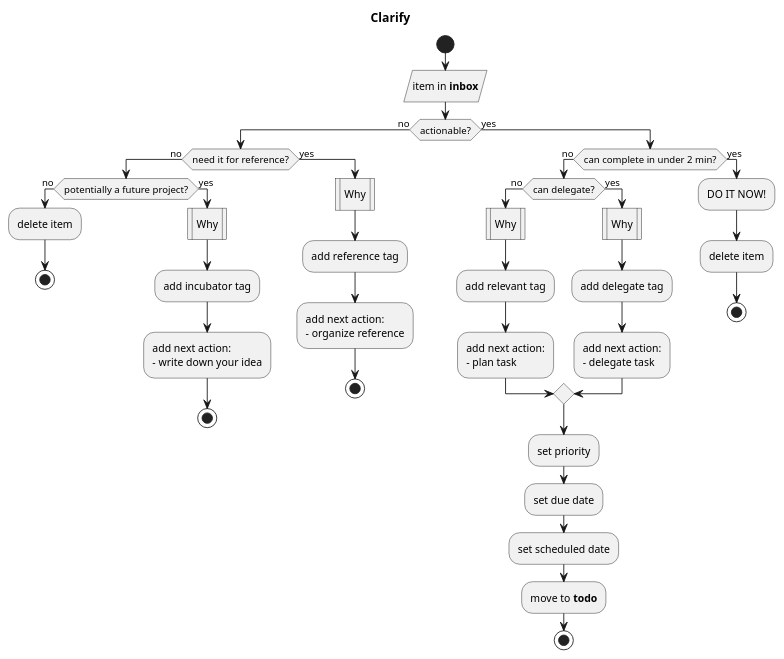
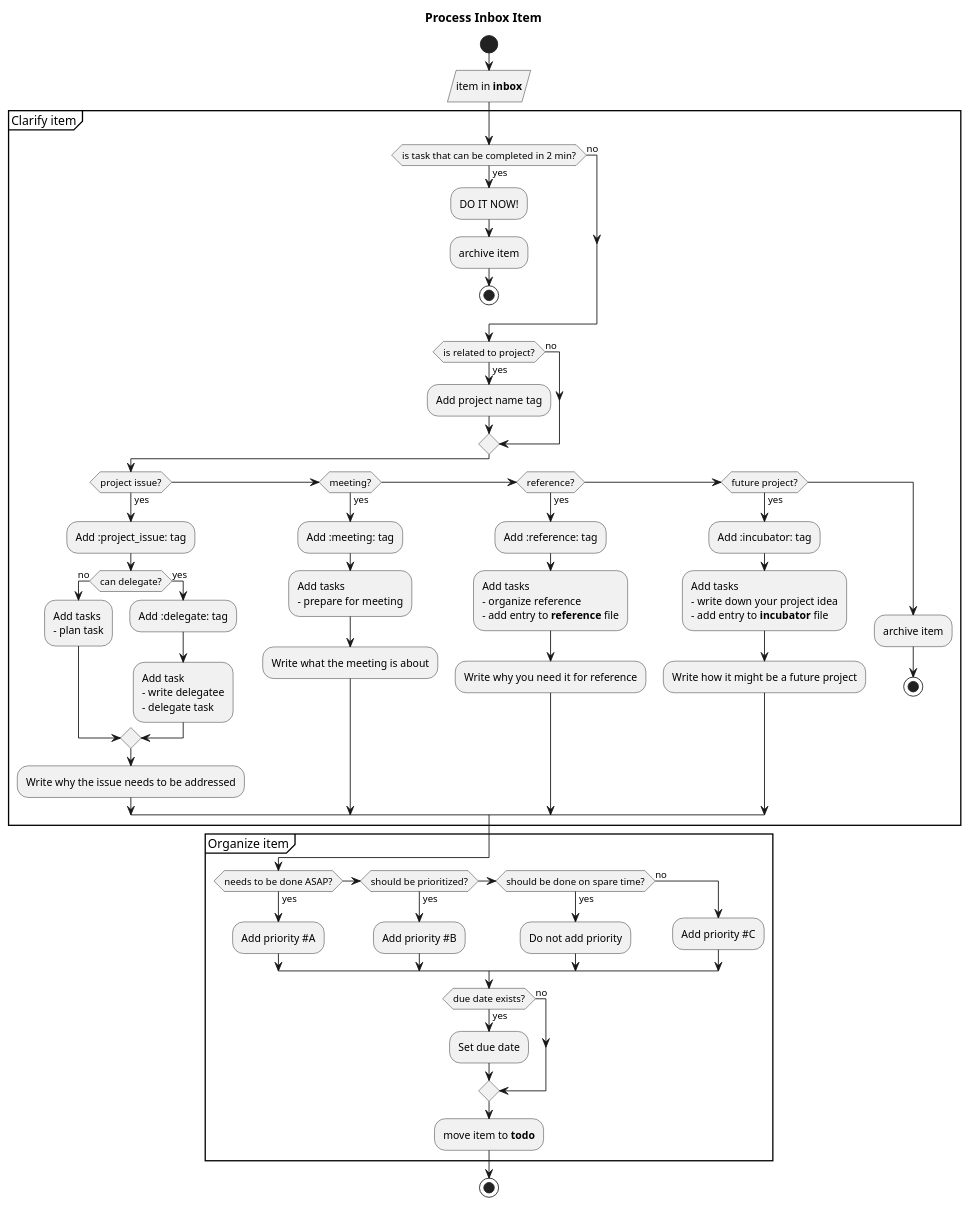
One commit to genenakagaki/myconfig changed the third of 4 diagrams in emacs/org-mode/config.org. Above: the diagram before and after it, drawn with PlantUML. The commit also changed other lines of this file, not shown here.

Commit message:
update emacs config

```diff
--- a/emacs/org-mode/config.org
+++ b/emacs/org-mode/config.org
@@ -252,51 +252,76 @@
-#+begin_src plantuml :tangle no :file workflow-clarify.png
+#+begin_src plantuml :tangle no :file workflow-process-inbox-item.png
   @startuml
-  title Clarify
-
+  title Process Inbox Item
   start
   :item in **inbox**/
-  if (actionable?) then (no)
-          if (need it for reference?) then (no)
-                  if (potentially a future project?) then (no)
-                          :delete item;
-                          stop
-                  else (yes)
-                          :Why|
-                          :add incubator tag;
-                          :add next action:
-                          - write down your idea;
-                          stop
-                  endif
+
+
+  partition "Clarify item" {
+          if (is task that can be completed in 2 min?) then (no)
           else (yes)
-                  :Why|
-                  :add reference tag;
-                  :add next action:
-                  - organize reference;
+                  :DO IT NOW!;
+                  :archive item;
                   stop
           endif
-  else (yes)
-          if (can complete in under 2 min?) then (no)
+
+          if (is related to project?) then (no)
+          else (yes)
+                  :Add project name tag;
+          endif
+
+          if (project issue?) then (yes) 
+                  :Add :project_issue: tag;
                   if (can delegate?) then (no)
-                          :Why|
-                          :add relevant tag;
-                          :add next action:
+                          :Add tasks
                           - plan task;
                   else (yes)
-                          :Why|
-                          :add delegate tag;
-                          :add next action:
+                          :Add :delegate: tag;
+                          :Add task
+                          - write delegatee
                           - delegate task;
                   endif
-                  :set priority;
-                  :set due date;
-                  :set scheduled date;
-                  :move to **todo**;
-                  stop
-          else (yes)
-                  :DO IT NOW!;
-                  :delete item;
+                  :Write why the issue needs to be addressed;
+          elseif (meeting?) then (yes)
+                  :Add :meeting: tag;
+                  :Add tasks
+                  - prepare for meeting;
+                  :Write what the meeting is about;
+          elseif (reference?) then (yes)
+                  :Add :reference: tag;
+                  :Add tasks
+                  - organize reference
+                  - add entry to **reference** file;
+                  :Write why you need it for reference;
+          elseif (future project?) then (yes)
+                  :Add :incubator: tag;
+                  :Add tasks
+                  - write down your project idea
+                  - add entry to **incubator** file;
+                  :Write how it might be a future project;
+          else
+                  :archive item;
                   stop
           endif
-  endif
+  }
+
+  partition "Organize item" {
+          if (needs to be done ASAP?) then (yes)
+                  :Add priority #A;
+          elseif (should be prioritized?) then (yes)
+                  :Add priority #B;
+          elseif (should be done on spare time?) then (yes)
+                  :Do not add priority;
+          else (no)
+                  :Add priority #C;
+          endif
+
+          if (due date exists?) then (no)
+          else (yes)
+                  :Set due date;
+          endif
+
+          :move item to **todo**;
+  }
+  stop
   @enduml
 #+end_src
```
